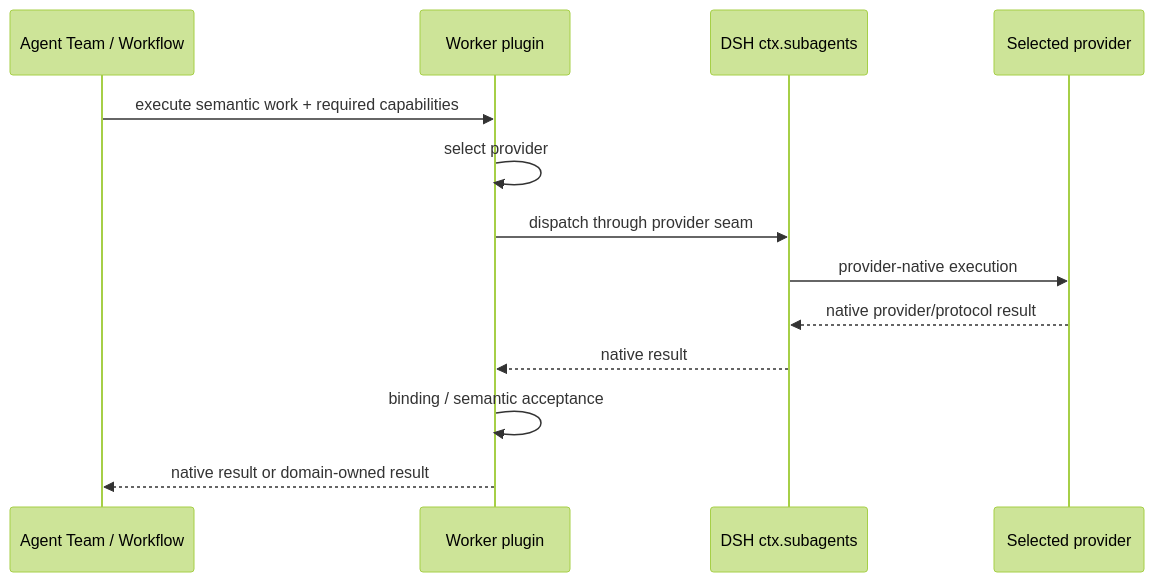
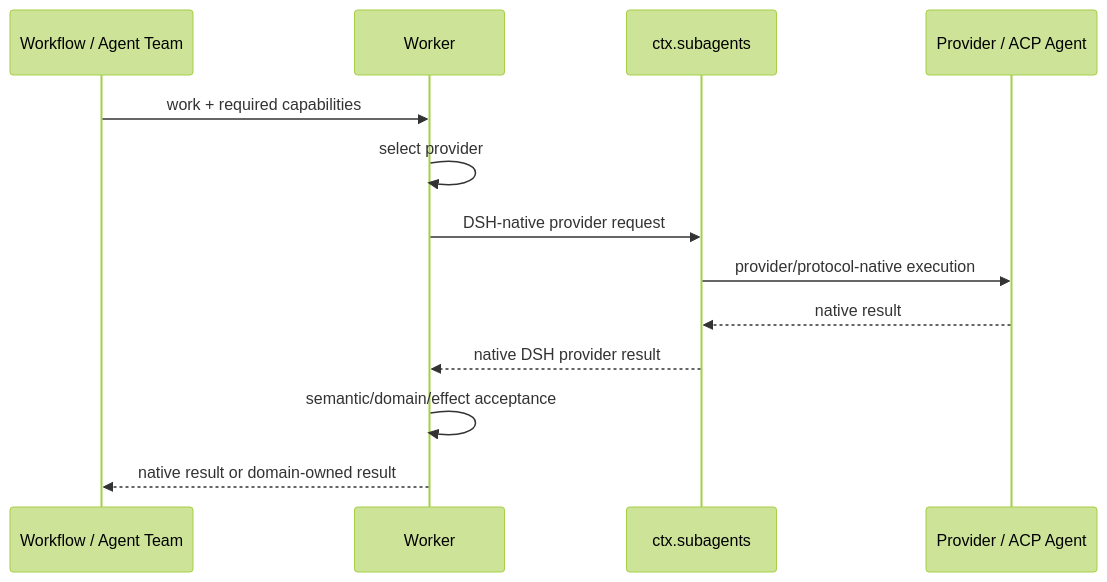
Before and after one commit to tsuuanmi/AgentOS: the first of 4 diagrams in docs/architecture/plugins/worker/communication.md, drawn with Mermaid (forest theme). The commit also changed other lines of this file, not shown here.

```diff
--- a/docs/architecture/plugins/worker/communication.md
+++ b/docs/architecture/plugins/worker/communication.md
@@ -29,16 +22,16 @@
 ~~~mermaid
 sequenceDiagram
-    participant C as Agent Team / Workflow
-    participant W as Worker plugin
-    participant S as DSH ctx.subagents
-    participant P as Selected provider
+    participant C as Workflow / Agent Team
+    participant W as Worker
+    participant S as ctx.subagents
+    participant P as Provider / ACP Agent
 
-    C->>W: execute semantic work + required capabilities
+    C->>W: work + required capabilities
     W->>W: select provider
-    W->>S: dispatch through provider seam
-    S->>P: provider-native execution
-    P-->>S: native provider/protocol result
-    S-->>W: native result
-    W->>W: binding / semantic acceptance
+    W->>S: DSH-native provider request
+    S->>P: provider/protocol-native execution
+    P-->>S: native result
+    S-->>W: native DSH provider result
+    W->>W: semantic/domain/effect acceptance
     W-->>C: native result or domain-owned result
 ~~~
```
